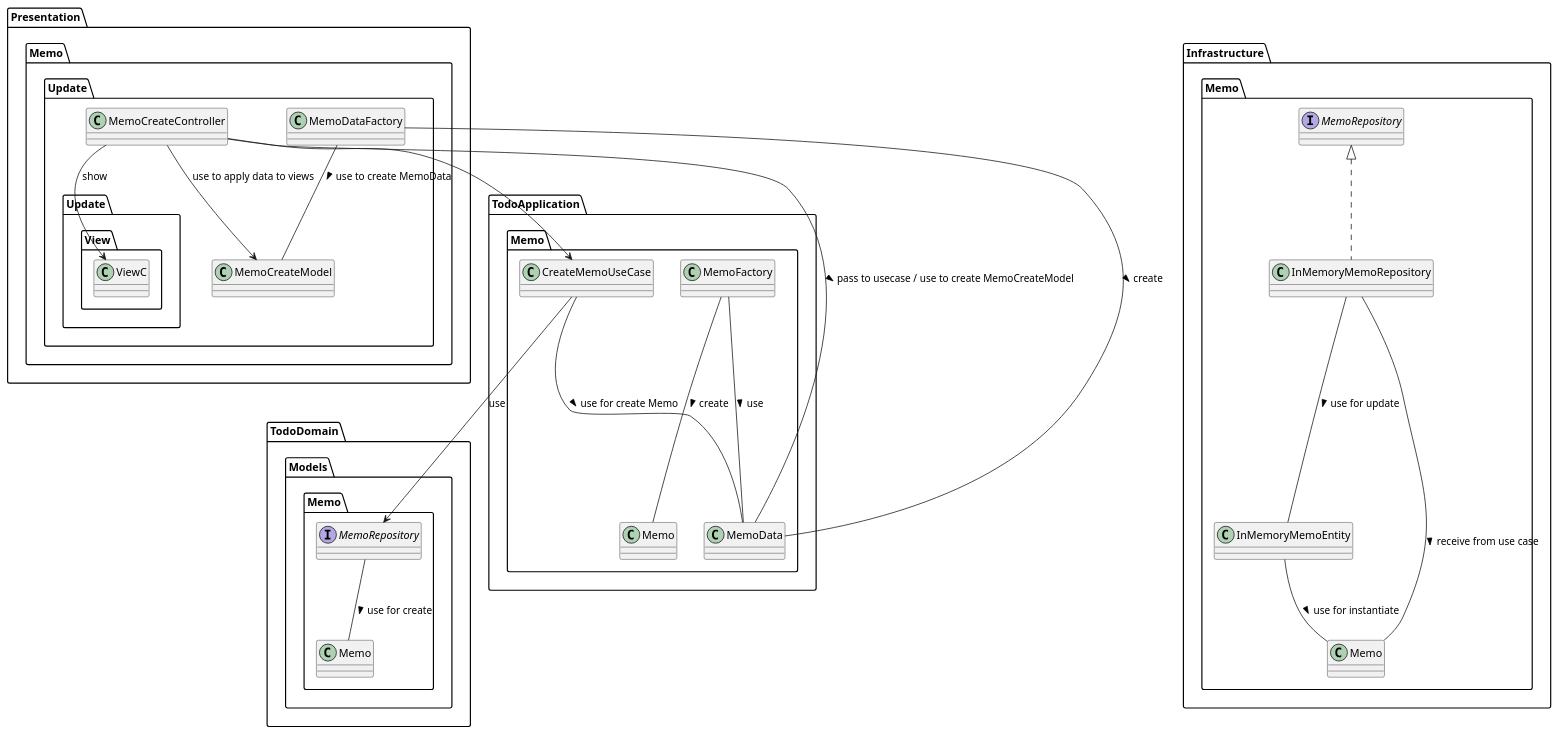
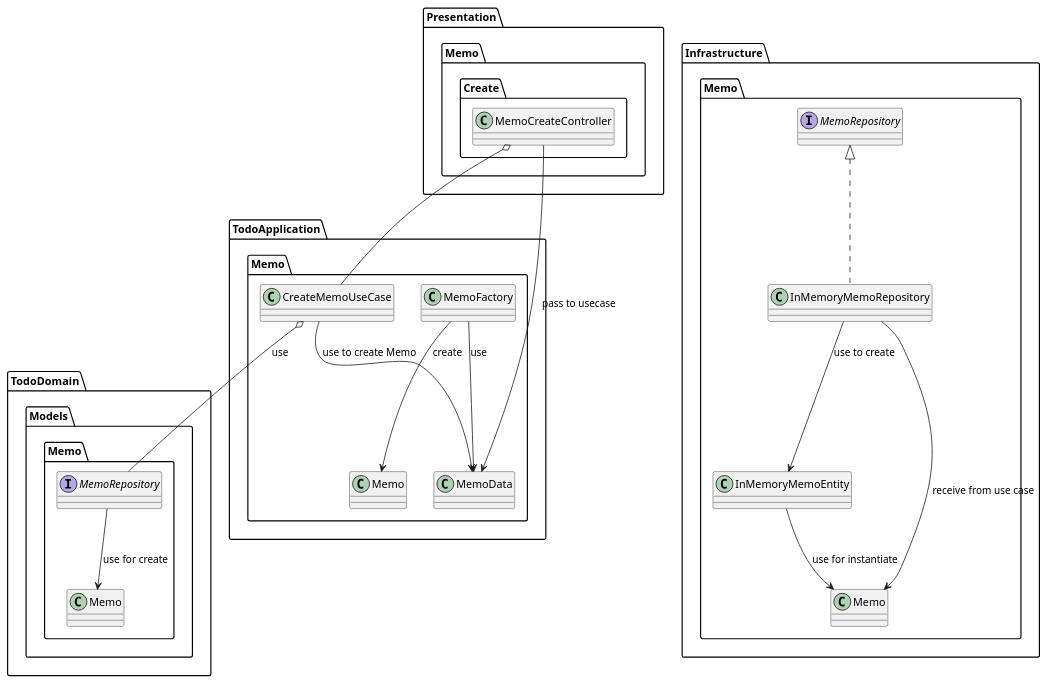
The diagram in docs/class-diagram/memo/CreateMemoUseCase.plantuml (t-matsumo/TodoPractice), drawn with PlantUML before and after one commit. The commit also changed 30 other files, not shown here.

```diff
--- a/docs/class-diagram/memo/CreateMemoUseCase.plantuml
+++ b/docs/class-diagram/memo/CreateMemoUseCase.plantuml
@@ -1,47 +1,39 @@
 @startuml
 
 package TodoDomain.Models.Memo {
     class Memo
     interface MemoRepository
 
-    MemoRepository -- Memo : use for create >
+    MemoRepository --> Memo : use for create
 }
 
 package TodoApplication.Memo {
     class CreateMemoUseCase
     class MemoData
     class MemoFactory
 
-    CreateMemoUseCase -- MemoData : use for create Memo >
-    MemoFactory -- MemoData : use >
-    MemoFactory -- Memo : create >
-    CreateMemoUseCase --> MemoRepository : use
+    CreateMemoUseCase --> MemoData : use to create Memo
+    MemoFactory --> MemoData : use
+    MemoFactory --> Memo : create
+    CreateMemoUseCase o-- MemoRepository : use
 }
 
 package Presentation.Memo {
-    package Update {
+    package Create {
         class MemoCreateController
-        class MemoCreateModel
-        class MemoDataFactory
-        package Update.View {
-            class ViewC
-        }
-        MemoCreateController --> MemoCreateModel : use to apply data to views
-        MemoCreateController --> ViewC : show
-        MemoDataFactory -- MemoCreateModel : use to create MemoData >
 
-        MemoCreateController --> CreateMemoUseCase
-        MemoCreateController -- MemoData : pass to usecase / use to create MemoCreateModel >
-        MemoDataFactory -- MemoData : create >
+        MemoCreateController o-- CreateMemoUseCase
+        MemoCreateController --> MemoData : pass to usecase
     }
 }
+
 package Infrastructure.Memo {
     class InMemoryMemoRepository implements MemoRepository
     class InMemoryMemoEntity
 
-    InMemoryMemoRepository -- InMemoryMemoEntity : use for update >
-    InMemoryMemoRepository -- Memo : receive from use case >
-    InMemoryMemoEntity -- Memo : use for instantiate >
+    InMemoryMemoRepository --> InMemoryMemoEntity : use to create
+    InMemoryMemoRepository --> Memo : receive from use case
+    InMemoryMemoEntity --> Memo : use for instantiate
 }
 
 @enduml
```
